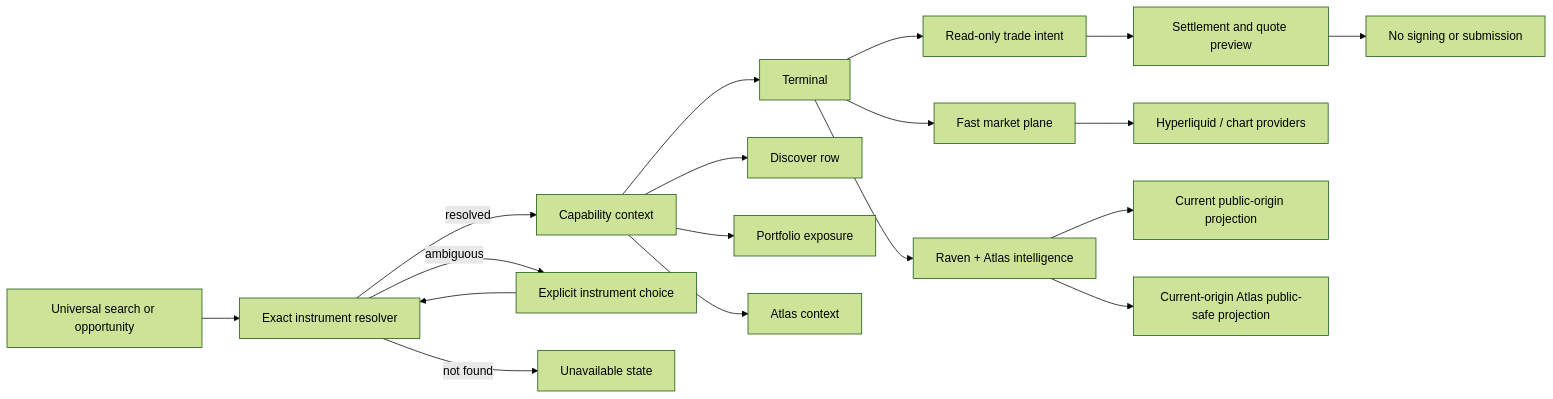
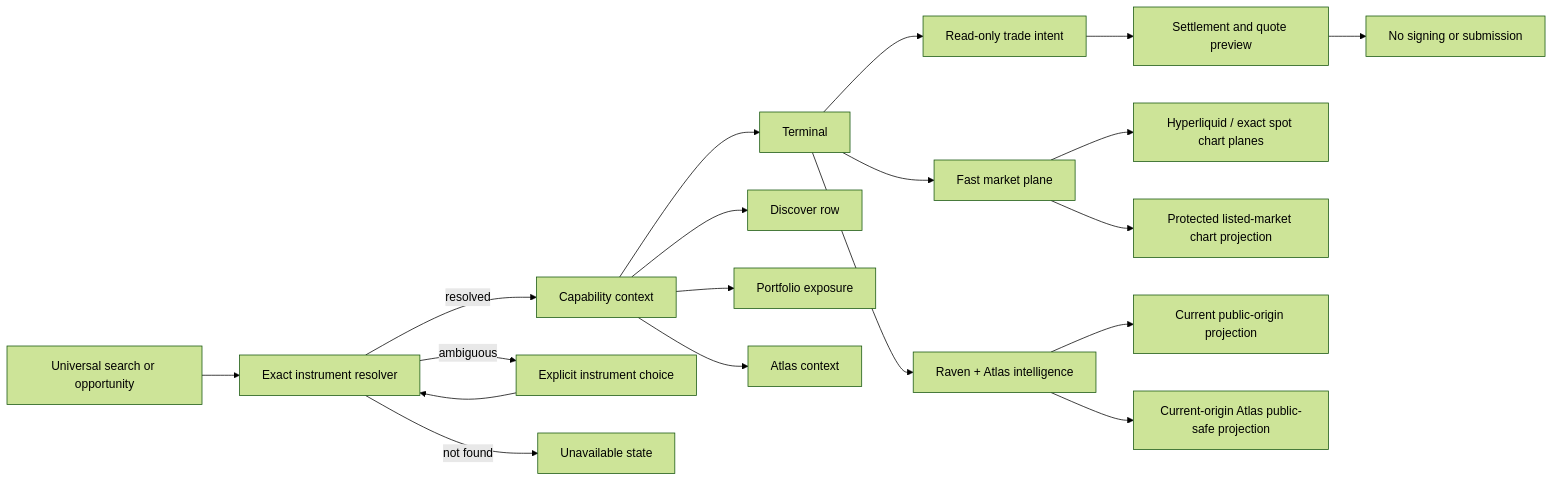
One commit to walletbehavior/ravenos-public changed the first of 2 diagrams in docs/ravenos_cross_market_architecture_v1.md. Above: the diagram before and after it, drawn with Mermaid (forest theme). The commit also changed other lines of this file and 10 other files, not shown here.

Commit message:
Route listed charts through protected origin

````diff
--- a/docs/ravenos_cross_market_architecture_v1.md
+++ b/docs/ravenos_cross_market_architecture_v1.md
@@ -38,23 +38,24 @@
 ```mermaid
 flowchart LR
   Q[Universal search or opportunity] --> R[Exact instrument resolver]
   R -->|resolved| C[Capability context]
   R -->|ambiguous| A[Explicit instrument choice]
   R -->|not found| U[Unavailable state]
   A --> R
 
   C --> T[Terminal]
   C --> D[Discover row]
   C --> P[Portfolio exposure]
   C --> X[Atlas context]
 
   T --> M[Fast market plane]
   T --> I[Raven + Atlas intelligence]
   T --> V[Read-only trade intent]
   V --> S[Settlement and quote preview]
   S --> N[No signing or submission]
 
-  M --> H[Hyperliquid / chart providers]
+  M --> H[Hyperliquid / exact spot chart planes]
+  M --> L[Protected listed-market chart projection]
   I --> O[Current public-origin projection]
   I --> AP[Current-origin Atlas public-safe projection]
 ```
````
